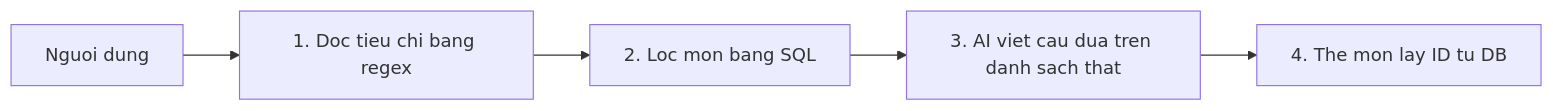
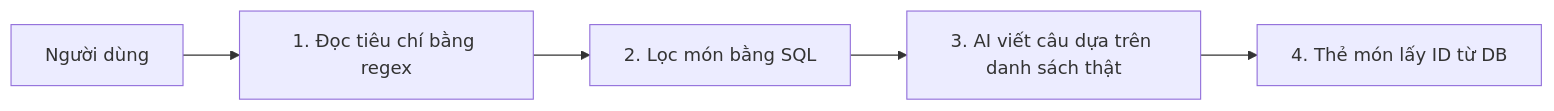
The second of 2 diagrams in wiki/Luong-chatbot.md (nghiaxh/food-ordering), drawn with Mermaid before and after one commit. The commit also changed other lines of this file and 1 other file, not shown here.

Commit message:
docs: restore Vietnamese diacritics in chatbot and order flow pages (#155)

````diff
--- a/wiki/Luong-chatbot.md
+++ b/wiki/Luong-chatbot.md
@@ -48,7 +48,7 @@
 ```mermaid
 flowchart LR
-  U["Nguoi dung"] --> P["1. Doc tieu chi bang regex"]
-  P --> F["2. Loc mon bang SQL"]
-  F --> A["3. AI viet cau dua tren danh sach that"]
-  A --> C["4. The mon lay ID tu DB"]
+  U["Người dùng"] --> P["1. Đọc tiêu chí bằng regex"]
+  P --> F["2. Lọc món bằng SQL"]
+  F --> A["3. AI viết câu dựa trên danh sách thật"]
+  A --> C["4. Thẻ món lấy ID từ DB"]
 ```
````
